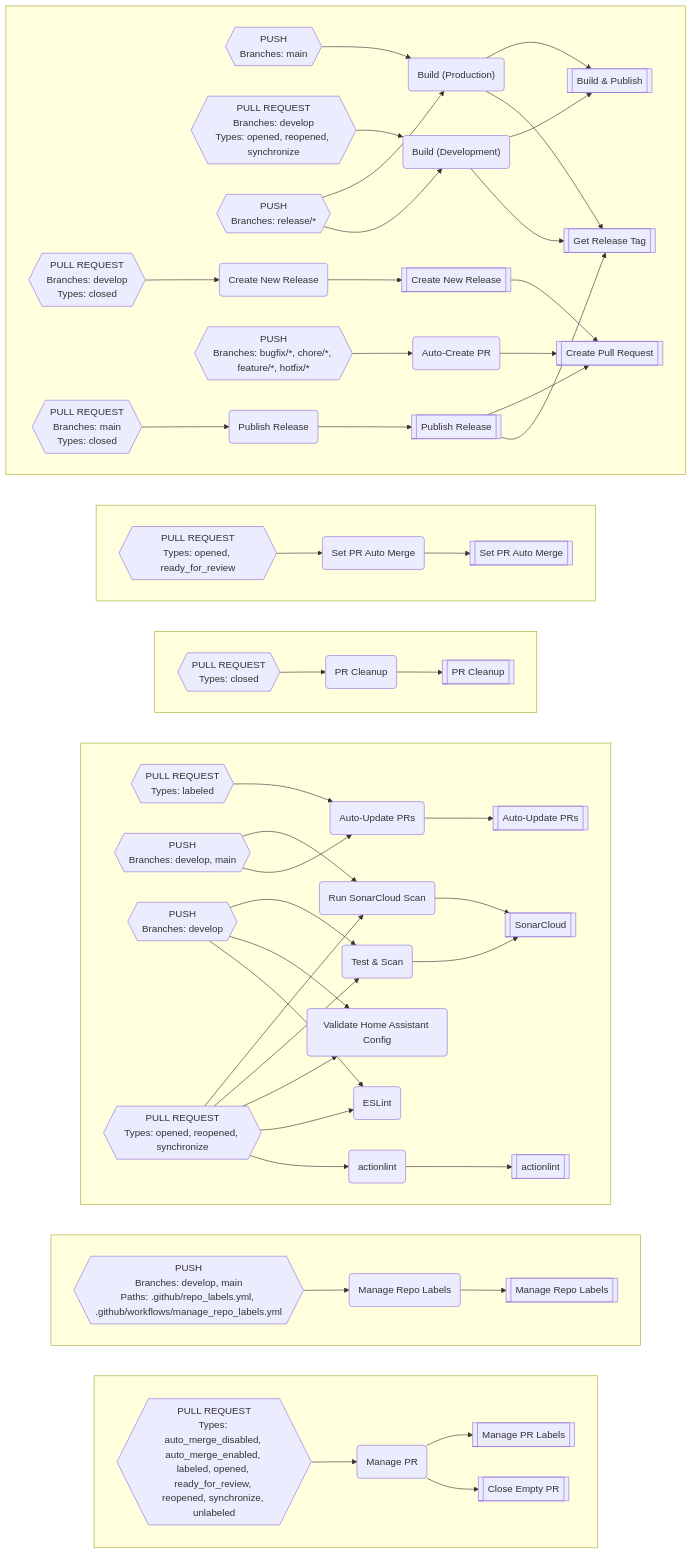
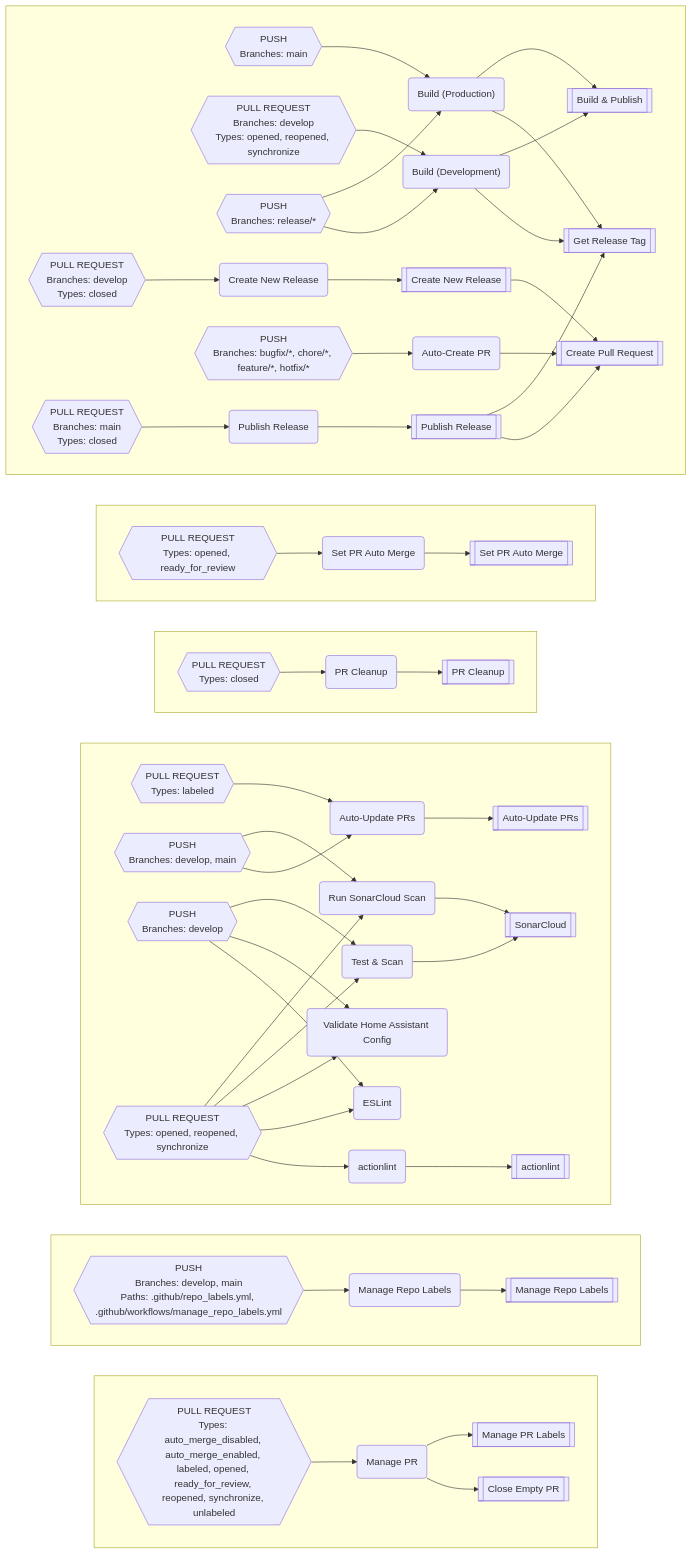
The diagram in README.md (worgarside/github-config-files), drawn with Mermaid before and after one commit. The commit also changed other lines of this file and 1 other file, not shown here.

```diff
--- a/README.md
+++ b/README.md
@@ -451,8 +451,8 @@
 BO-->X
 CU-->CT
 CT-->AW
+AW-->X
 AW-->AB
-AW-->X
 end
 A[["actionlint"]]
 AB[["Get Release Tag"]]
```
